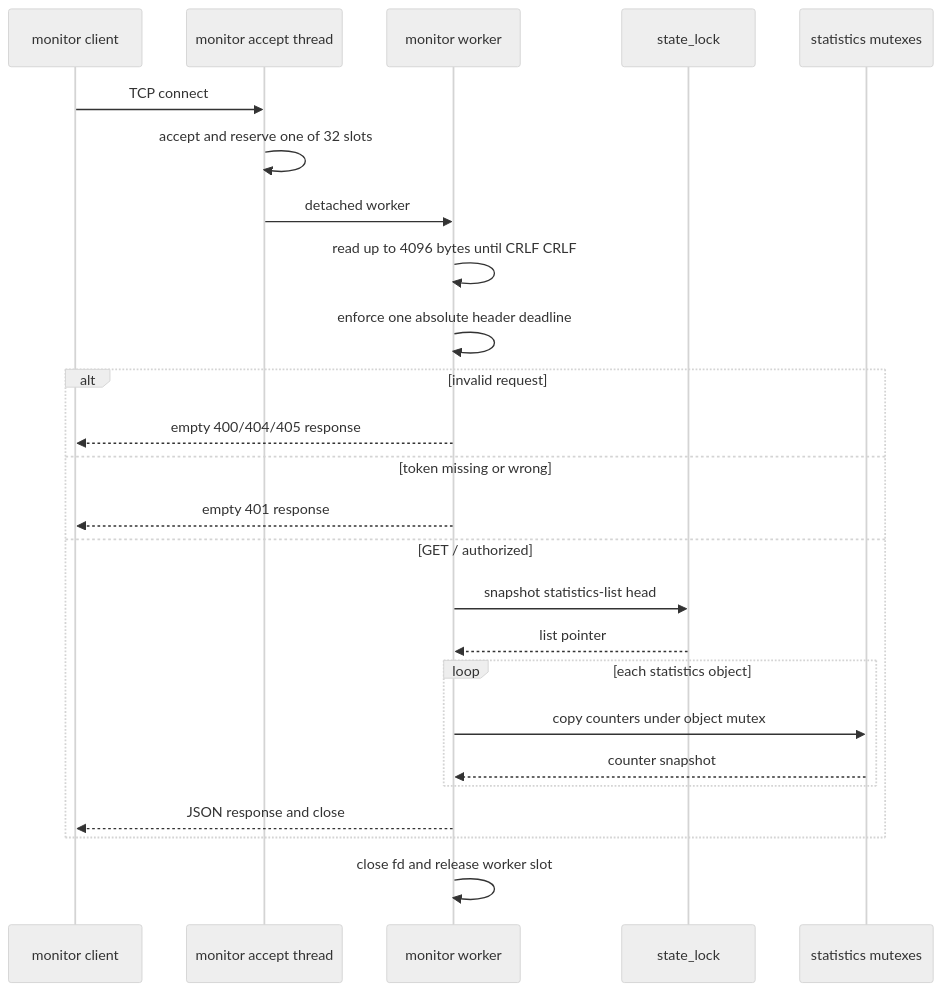
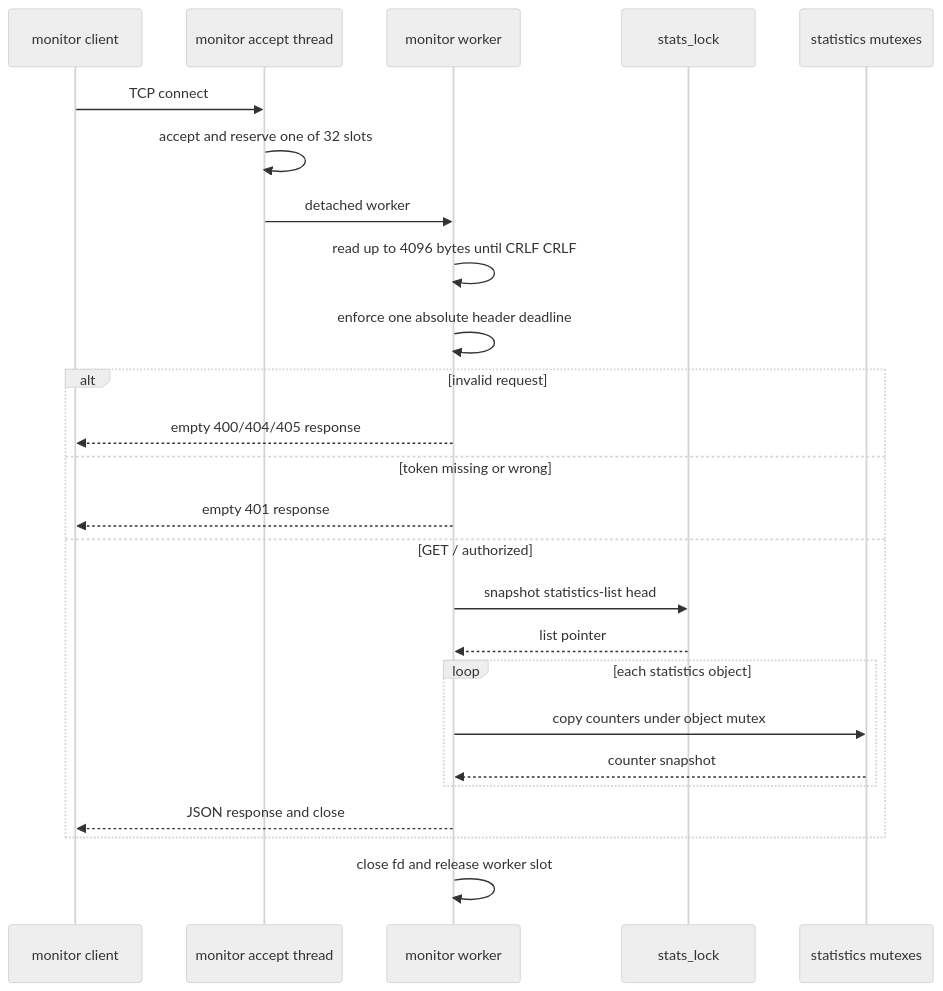
The eighth of 11 diagrams in ARCHITECTURE.md (0x7a657573/zroxy), drawn with Mermaid (neutral theme) before and after one commit. The commit also changed other lines of this file and 3 other files, not shown here.

````diff
--- a/ARCHITECTURE.md
+++ b/ARCHITECTURE.md
@@ -579,28 +625,28 @@
 ```mermaid
 sequenceDiagram
     participant C as monitor client
     participant A as monitor accept thread
     participant W as monitor worker
-    participant L as state_lock
+    participant L as stats_lock
     participant S as statistics mutexes
 
     C->>A: TCP connect
     A->>A: accept and reserve one of 32 slots
     A->>W: detached worker
     W->>W: read up to 4096 bytes until CRLF CRLF
     W->>W: enforce one absolute header deadline
     alt invalid request
         W-->>C: empty 400/404/405 response
     else token missing or wrong
         W-->>C: empty 401 response
     else GET / authorized
         W->>L: snapshot statistics-list head
         L-->>W: list pointer
         loop each statistics object
             W->>S: copy counters under object mutex
             S-->>W: counter snapshot
         end
         W-->>C: JSON response and close
     end
     W->>W: close fd and release worker slot
 ```
````
